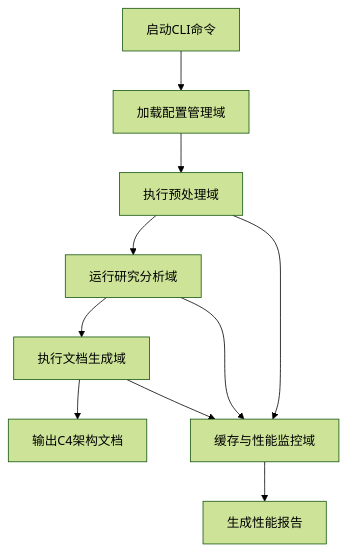
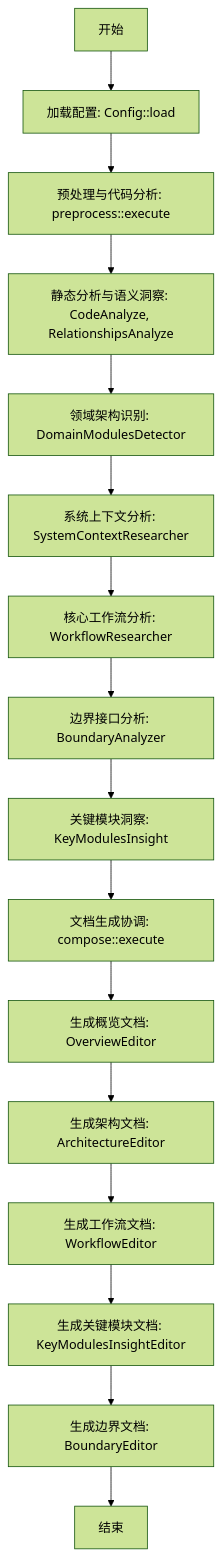
Before and after one commit to BigtoC/deepwiki-rs: the first of 5 diagrams in docs/3、工作流程.md, drawn with Mermaid (forest theme). The commit also changed other lines of this file and 12 other files, not shown here.

````diff
--- a/docs/3、工作流程.md
+++ b/docs/3、工作流程.md
@@ -10,12 +10,18 @@
 ```mermaid
 graph TD
-    A[启动CLI命令] --> B[加载配置管理域]
-    B --> C[执行预处理域]
-    C --> D[运行研究分析域]
-    D --> E[执行文档生成域]
-    E --> F[输出C4架构文档]
-    C --> G[缓存与性能监控域]
-    D --> G
-    E --> G
-    G --> H[生成性能报告]
+    A[开始] --> B[加载配置: Config::load]
+    B --> C[预处理与代码分析: preprocess::execute]
+    C --> D[静态分析与语义洞察: CodeAnalyze, RelationshipsAnalyze]
+    D --> E[领域架构识别: DomainModulesDetector]
+    E --> F[系统上下文分析: SystemContextResearcher]
+    F --> G[核心工作流分析: WorkflowResearcher]
+    G --> H[边界接口分析: BoundaryAnalyzer]
+    H --> I[关键模块洞察: KeyModulesInsight]
+    I --> J[文档生成协调: compose::execute]
+    J --> K[生成概览文档: OverviewEditor]
+    K --> L[生成架构文档: ArchitectureEditor]
+    L --> M[生成工作流文档: WorkflowEditor]
+    M --> N[生成关键模块文档: KeyModulesInsightEditor]
+    N --> O[生成边界文档: BoundaryEditor]
+    O --> P[结束]
 ```
````
